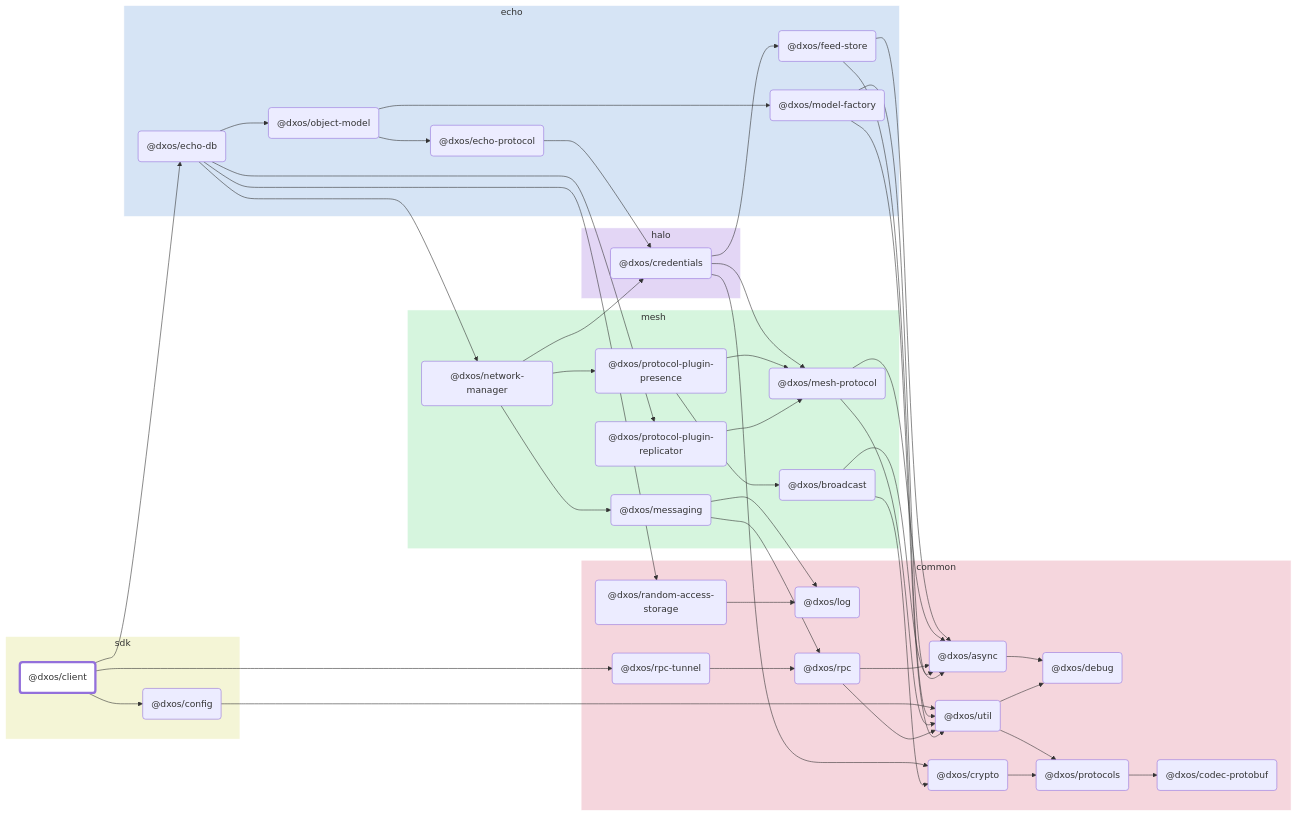
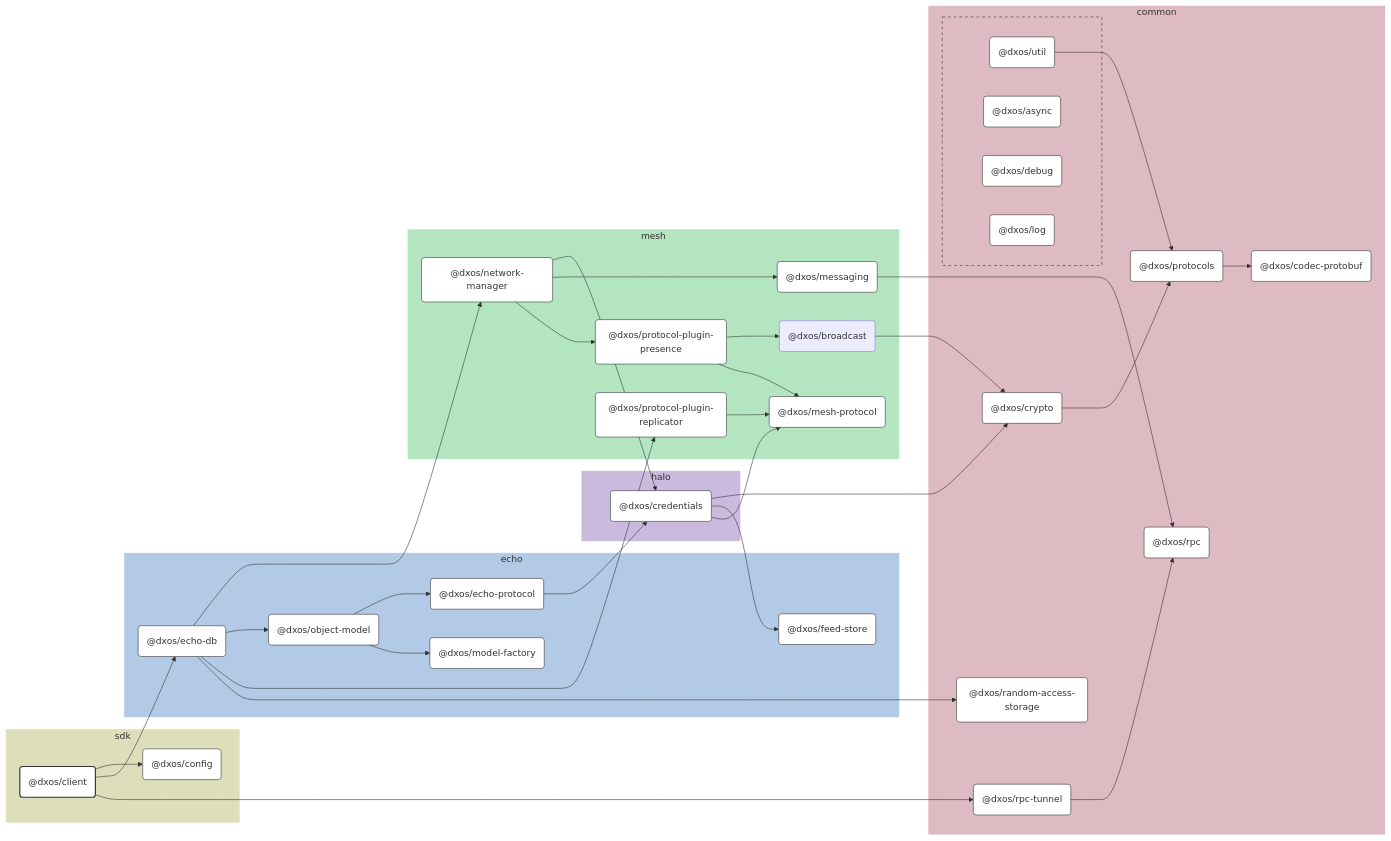
One commit to dxos/dxos changed the diagram in packages/sdk/client/docs/README.md. Above: the diagram before and after it, drawn with Mermaid. The commit also changed 100 other files, not shown here.

````diff
--- a/packages/sdk/client/docs/README.md
+++ b/packages/sdk/client/docs/README.md
@@ -7,113 +7,142 @@
 ```mermaid
-%%{ init: { 'flowchart': { 'curve': 'basis' } } }%%
-flowchart LR;
+%%{ init: {'flowchart':{'curve':'basis'}} }%%
 
-style dxos/client fill:#fff,stroke-width:4px;
+flowchart LR
 
-click dxos/async "https:/github.com/dxos/dxos/tree/main/packages/common/async/docs";
-click dxos/debug "https:/github.com/dxos/dxos/tree/main/packages/common/debug/docs";
-click dxos/codec-protobuf "https:/github.com/dxos/dxos/tree/main/packages/common/codec-protobuf/docs";
-click dxos/config "https:/github.com/dxos/dxos/tree/main/packages/sdk/config/docs";
-click dxos/protocols "https:/github.com/dxos/dxos/tree/main/packages/common/protocols/docs";
-click dxos/util "https:/github.com/dxos/dxos/tree/main/packages/common/util/docs";
-click dxos/echo-db "https:/github.com/dxos/dxos/tree/main/packages/echo/echo-db/docs";
-click dxos/log "https:/github.com/dxos/dxos/tree/main/packages/common/log/docs";
-click dxos/credentials "https:/github.com/dxos/dxos/tree/main/packages/halo/credentials/docs";
-click dxos/crypto "https:/github.com/dxos/dxos/tree/main/packages/common/crypto/docs";
-click dxos/echo-protocol "https:/github.com/dxos/dxos/tree/main/packages/echo/echo-protocol/docs";
-click dxos/feed-store "https:/github.com/dxos/dxos/tree/main/packages/echo/feed-store/docs";
-click dxos/mesh-protocol "https:/github.com/dxos/dxos/tree/main/packages/mesh/mesh-protocol/docs";
-click dxos/messaging "https:/github.com/dxos/dxos/tree/main/packages/mesh/messaging/docs";
-click dxos/model-factory "https:/github.com/dxos/dxos/tree/main/packages/echo/model-factory/docs";
-click dxos/network-manager "https:/github.com/dxos/dxos/tree/main/packages/mesh/network-manager/docs";
-click dxos/object-model "https:/github.com/dxos/dxos/tree/main/packages/echo/object-model/docs";
-click dxos/protocol-plugin-presence "https:/github.com/dxos/dxos/tree/main/packages/mesh/protocol-plugin-presence/docs";
-click dxos/protocol-plugin-replicator "https:/github.com/dxos/dxos/tree/main/packages/mesh/protocol-plugin-replicator/docs";
-click dxos/random-access-storage "https:/github.com/dxos/dxos/tree/main/packages/common/random-access-storage/docs";
-click dxos/rpc "https:/github.com/dxos/dxos/tree/main/packages/common/rpc/docs";
-click dxos/rpc-tunnel "https:/github.com/dxos/dxos/tree/main/packages/common/rpc-tunnel/docs";
+%% Links
+dxos/broadcast --> dxos/crypto;
+dxos/client --> dxos/config;
+dxos/client --> dxos/echo-db;
+dxos/client --> dxos/rpc-tunnel;
+dxos/credentials --> dxos/crypto;
+dxos/credentials --> dxos/feed-store;
+dxos/credentials --> dxos/mesh-protocol;
+dxos/crypto --> dxos/protocols;
+dxos/echo-db --> dxos/network-manager;
+dxos/echo-db --> dxos/object-model;
+dxos/echo-db --> dxos/protocol-plugin-replicator;
+dxos/echo-db --> dxos/random-access-storage;
+dxos/echo-protocol --> dxos/credentials;
+dxos/messaging --> dxos/rpc;
+dxos/network-manager --> dxos/credentials;
+dxos/network-manager --> dxos/messaging;
+dxos/network-manager --> dxos/protocol-plugin-presence;
+dxos/object-model --> dxos/echo-protocol;
+dxos/object-model --> dxos/model-factory;
+dxos/protocol-plugin-presence --> dxos/broadcast;
+dxos/protocol-plugin-presence --> dxos/mesh-protocol;
+dxos/protocol-plugin-replicator --> dxos/mesh-protocol;
+dxos/protocols --> dxos/codec-protobuf;
+dxos/rpc-tunnel --> dxos/rpc;
+dxos/util --> dxos/protocols;
 
+%% Sections
 subgraph sdk
-  style sdk fill:#f4f5d6,stroke:#fff;
-  dxos/client("@dxos/client");
-  dxos/config("@dxos/config");
+  style sdk fill:#dddeba,stroke:#fff;
+
+  dxos/client("@dxos/client")
+  dxos/config("@dxos/config")
 end
 
 subgraph common
-  style common fill:#f5d6dd,stroke:#fff;
-  dxos/async("@dxos/async");
-  dxos/debug("@dxos/debug");
-  dxos/codec-protobuf("@dxos/codec-protobuf");
-  dxos/protocols("@dxos/protocols");
-  dxos/util("@dxos/util");
-  dxos/log("@dxos/log");
-  dxos/crypto("@dxos/crypto");
-  dxos/rpc("@dxos/rpc");
-  dxos/random-access-storage("@dxos/random-access-storage");
-  dxos/rpc-tunnel("@dxos/rpc-tunnel");
+  style common fill:#debac2,stroke:#fff;
+
+  dxos/codec-protobuf("@dxos/codec-protobuf")
+  dxos/crypto("@dxos/crypto")
+  dxos/protocols("@dxos/protocols")
+  dxos/random-access-storage("@dxos/random-access-storage")
+  dxos/rpc("@dxos/rpc")
+  dxos/rpc-tunnel("@dxos/rpc-tunnel")
+
+  subgraph common-excluded [ ]
+    style common-excluded fill:#debac2,stroke:#333,stroke-dasharray:5 5;
+
+    dxos/async("@dxos/async")
+    dxos/debug("@dxos/debug")
+    dxos/log("@dxos/log")
+    dxos/util("@dxos/util")
+  end
 end
 
 subgraph echo
-  style echo fill:#d6e4f5,stroke:#fff;
-  dxos/echo-db("@dxos/echo-db");
-  dxos/feed-store("@dxos/feed-store");
-  dxos/echo-protocol("@dxos/echo-protocol");
-  dxos/model-factory("@dxos/model-factory");
-  dxos/object-model("@dxos/object-model");
+  style echo fill:#b3cae6,stroke:#fff;
+
+  dxos/echo-db("@dxos/echo-db")
+  dxos/echo-protocol("@dxos/echo-protocol")
+  dxos/feed-store("@dxos/feed-store")
+  dxos/model-factory("@dxos/model-factory")
+  dxos/object-model("@dxos/object-model")
 end
 
 subgraph halo
-  style halo fill:#e3d6f5,stroke:#fff;
-  dxos/credentials("@dxos/credentials");
+  style halo fill:#cabade,stroke:#fff;
+
+  dxos/credentials("@dxos/credentials")
 end
 
 subgraph mesh
-  style mesh fill:#d6f5de,stroke:#fff;
-  dxos/mesh-protocol("@dxos/mesh-protocol");
-  dxos/messaging("@dxos/messaging");
-  dxos/network-manager("@dxos/network-manager");
-  dxos/protocol-plugin-presence("@dxos/protocol-plugin-presence");
-  dxos/broadcast("@dxos/broadcast");
-  dxos/protocol-plugin-replicator("@dxos/protocol-plugin-replicator");
+  style mesh fill:#b3e6c0,stroke:#fff;
+
+  dxos/broadcast("@dxos/broadcast")
+  dxos/mesh-protocol("@dxos/mesh-protocol")
+  dxos/messaging("@dxos/messaging")
+  dxos/network-manager("@dxos/network-manager")
+  dxos/protocol-plugin-presence("@dxos/protocol-plugin-presence")
+  dxos/protocol-plugin-replicator("@dxos/protocol-plugin-replicator")
 end
 
-dxos/async --> dxos/debug;
-dxos/client --> dxos/config;
-dxos/protocols --> dxos/codec-protobuf;
-dxos/config --> dxos/util;
-dxos/util --> dxos/debug;
-dxos/util --> dxos/protocols;
-dxos/client --> dxos/echo-db;
-dxos/credentials --> dxos/crypto;
-dxos/crypto --> dxos/protocols;
-dxos/credentials --> dxos/feed-store;
-dxos/feed-store --> dxos/async;
-dxos/feed-store --> dxos/util;
-dxos/credentials --> dxos/mesh-protocol;
-dxos/mesh-protocol --> dxos/async;
-dxos/mesh-protocol --> dxos/util;
-dxos/echo-protocol --> dxos/credentials;
-dxos/messaging --> dxos/log;
-dxos/messaging --> dxos/rpc;
-dxos/rpc --> dxos/async;
-dxos/rpc --> dxos/util;
-dxos/model-factory --> dxos/async;
-dxos/model-factory --> dxos/util;
-dxos/echo-db --> dxos/network-manager;
-dxos/network-manager --> dxos/credentials;
-dxos/network-manager --> dxos/messaging;
-dxos/network-manager --> dxos/protocol-plugin-presence;
-dxos/protocol-plugin-presence --> dxos/broadcast;
-dxos/broadcast --> dxos/async;
-dxos/broadcast --> dxos/crypto;
-dxos/protocol-plugin-presence --> dxos/mesh-protocol;
-dxos/echo-db --> dxos/object-model;
-dxos/object-model --> dxos/echo-protocol;
-dxos/object-model --> dxos/model-factory;
-dxos/echo-db --> dxos/protocol-plugin-replicator;
-dxos/protocol-plugin-replicator --> dxos/mesh-protocol;
-dxos/echo-db --> dxos/random-access-storage;
-dxos/random-access-storage --> dxos/log;
-dxos/client --> dxos/rpc-tunnel;
-dxos/rpc-tunnel --> dxos/rpc;
+
+%% Hyperlinks
+click dxos/async href "https:/github.com/dxos/dxos/tree/main/packages/common/async/docs";
+click dxos/codec-protobuf href "https:/github.com/dxos/dxos/tree/main/packages/common/codec-protobuf/docs";
+click dxos/config href "https:/github.com/dxos/dxos/tree/main/packages/sdk/config/docs";
+click dxos/credentials href "https:/github.com/dxos/dxos/tree/main/packages/halo/credentials/docs";
+click dxos/crypto href "https:/github.com/dxos/dxos/tree/main/packages/common/crypto/docs";
+click dxos/debug href "https:/github.com/dxos/dxos/tree/main/packages/common/debug/docs";
+click dxos/echo-db href "https:/github.com/dxos/dxos/tree/main/packages/echo/echo-db/docs";
+click dxos/echo-protocol href "https:/github.com/dxos/dxos/tree/main/packages/echo/echo-protocol/docs";
+click dxos/feed-store href "https:/github.com/dxos/dxos/tree/main/packages/echo/feed-store/docs";
+click dxos/log href "https:/github.com/dxos/dxos/tree/main/packages/common/log/docs";
+click dxos/mesh-protocol href "https:/github.com/dxos/dxos/tree/main/packages/mesh/mesh-protocol/docs";
+click dxos/messaging href "https:/github.com/dxos/dxos/tree/main/packages/mesh/messaging/docs";
+click dxos/model-factory href "https:/github.com/dxos/dxos/tree/main/packages/echo/model-factory/docs";
+click dxos/network-manager href "https:/github.com/dxos/dxos/tree/main/packages/mesh/network-manager/docs";
+click dxos/object-model href "https:/github.com/dxos/dxos/tree/main/packages/echo/object-model/docs";
+click dxos/protocol-plugin-presence href "https:/github.com/dxos/dxos/tree/main/packages/mesh/protocol-plugin-presence/docs";
+click dxos/protocol-plugin-replicator href "https:/github.com/dxos/dxos/tree/main/packages/mesh/protocol-plugin-replicator/docs";
+click dxos/protocols href "https:/github.com/dxos/dxos/tree/main/packages/common/protocols/docs";
+click dxos/random-access-storage href "https:/github.com/dxos/dxos/tree/main/packages/common/random-access-storage/docs";
+click dxos/rpc href "https:/github.com/dxos/dxos/tree/main/packages/common/rpc/docs";
+click dxos/rpc-tunnel href "https:/github.com/dxos/dxos/tree/main/packages/common/rpc-tunnel/docs";
+click dxos/util href "https:/github.com/dxos/dxos/tree/main/packages/common/util/docs";
+
+%% Styles
+classDef rootNode fill:#fff,stroke:#333,stroke-width:2px
+classDef defaultNode fill:#fff,stroke:#333,stroke-width:1px
+linkStyle default stroke:#333,stroke-width:1px
+
+dxos/client:::rootNode
+
+dxos/async:::defaultNode
+dxos/codec-protobuf:::defaultNode
+dxos/config:::defaultNode
+dxos/credentials:::defaultNode
+dxos/crypto:::defaultNode
+dxos/debug:::defaultNode
+dxos/echo-db:::defaultNode
+dxos/echo-protocol:::defaultNode
+dxos/feed-store:::defaultNode
+dxos/log:::defaultNode
+dxos/mesh-protocol:::defaultNode
+dxos/messaging:::defaultNode
+dxos/model-factory:::defaultNode
+dxos/network-manager:::defaultNode
+dxos/object-model:::defaultNode
+dxos/protocol-plugin-presence:::defaultNode
+dxos/protocol-plugin-replicator:::defaultNode
+dxos/protocols:::defaultNode
+dxos/random-access-storage:::defaultNode
+dxos/rpc:::defaultNode
+dxos/rpc-tunnel:::defaultNode
+dxos/util:::defaultNode
 ```
````
